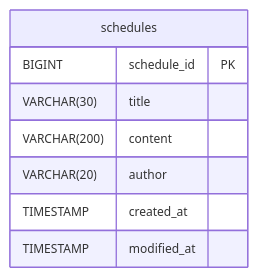
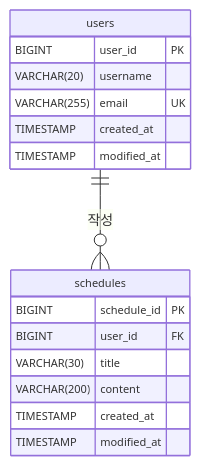
One commit to euneuneun/schedule-project-2 changed the diagram in README.md. Above: the diagram before and after it, drawn with Mermaid. The commit also changed other lines of this file, not shown here.

Commit message:
docs: 유저 API 명세서 추가, 일정 API 및 ERD 수정

````diff
--- a/README.md
+++ b/README.md
@@ -242,15 +505,22 @@
 ```mermaid
-%%{init: {"er": {"useMaxWidth": true}, "themeVariables": {"fontSize": "12px"}}}%%
+%%{init: {"er": {"layoutDirection": "LR", "useMaxWidth": false, "diagramPadding": 8, "entityPadding": 8, "minEntityWidth": 60, "minEntityHeight": 40, "fontSize": 11}, "themeVariables": {"fontSize": "11px"}}}%%
 erDiagram
+    users ||--o{ schedules : "작성"
+
+    users {
+        BIGINT user_id PK
+        VARCHAR(20) username
+        VARCHAR(255) email UK
+        TIMESTAMP created_at
+        TIMESTAMP modified_at
+    }
 
     schedules {
         BIGINT schedule_id PK
+        BIGINT user_id FK
         VARCHAR(30) title
         VARCHAR(200) content
-        VARCHAR(20) author
         TIMESTAMP created_at
         TIMESTAMP modified_at
     }
-    
-
 ```
````
